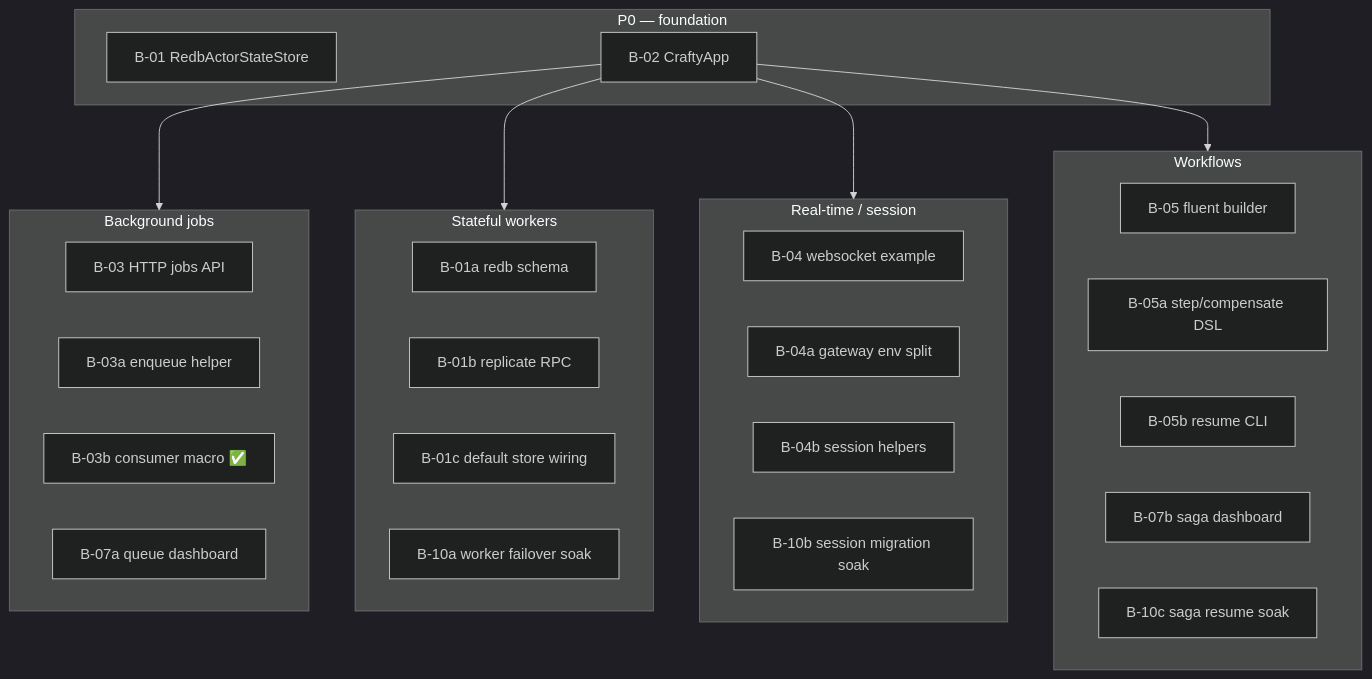
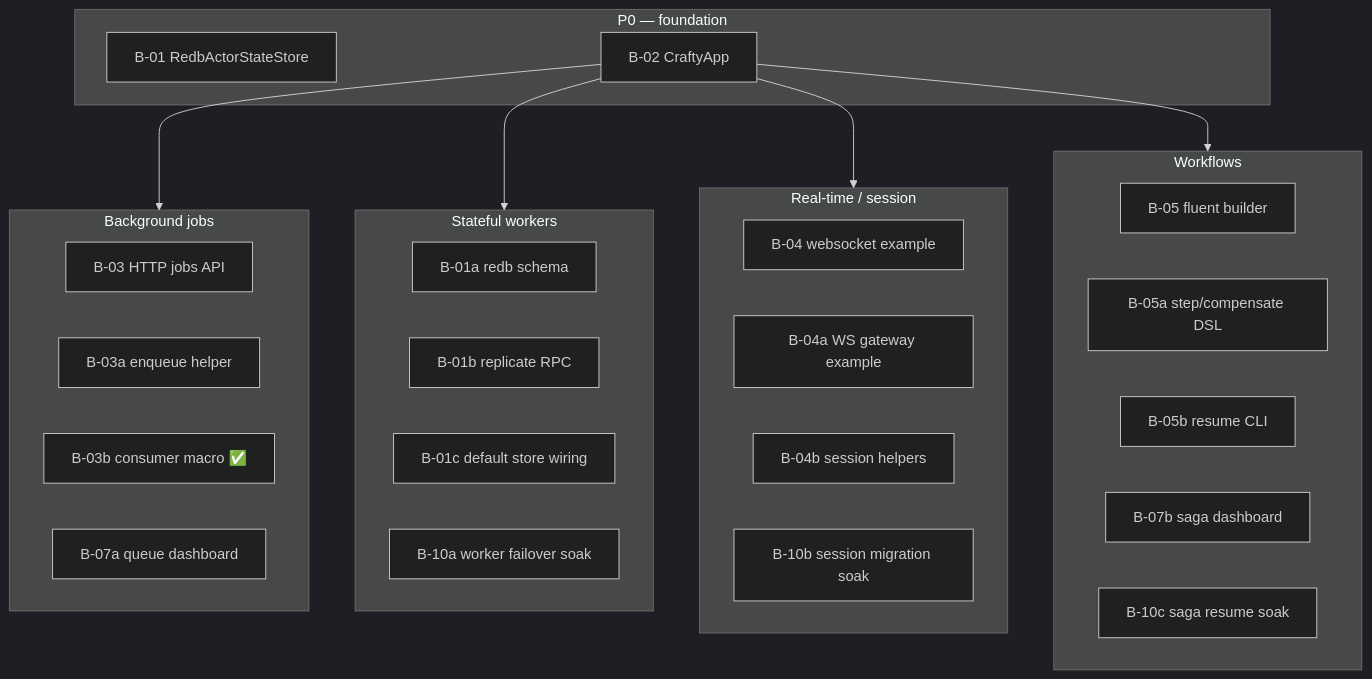
One commit to lemarco/craft changed the diagram in docs/backlog.md. Above: the diagram before and after it, drawn with Mermaid (dark theme). The commit also changed other lines of this file and 123 other files, not shown here.

````diff
--- a/docs/backlog.md
+++ b/docs/backlog.md
@@ -53,42 +53,42 @@
 ```mermaid
 flowchart TB
     subgraph P0["P0 — foundation"]
         B01[B-01 RedbActorStateStore]
         B02[B-02 CraftyApp]
     end
 
     subgraph Jobs["Background jobs"]
         B03[B-03 HTTP jobs API]
         B03a[B-03a enqueue helper]
         B03b[B-03b consumer macro ✅]
         B07a[B-07a queue dashboard]
     end
 
     subgraph Workers["Stateful workers"]
         B01
         B01a[B-01a redb schema]
         B01b[B-01b replicate RPC]
         B01c[B-01c default store wiring]
         B10a[B-10a worker failover soak]
     end
 
     subgraph Sessions["Real-time / session"]
         B04[B-04 websocket example]
-        B04a[B-04a gateway env split]
+        B04a[B-04a WS gateway example]
         B04b[B-04b session helpers]
         B10b[B-10b session migration soak]
     end
 
     subgraph Workflows["Workflows"]
         B05[B-05 fluent builder]
         B05a[B-05a step/compensate DSL]
         B05b[B-05b resume CLI]
         B07b[B-07b saga dashboard]
         B10c[B-10c saga resume soak]
     end
 
     B02 --> Jobs
     B02 --> Workers
     B02 --> Sessions
     B02 --> Workflows
 ```
````
